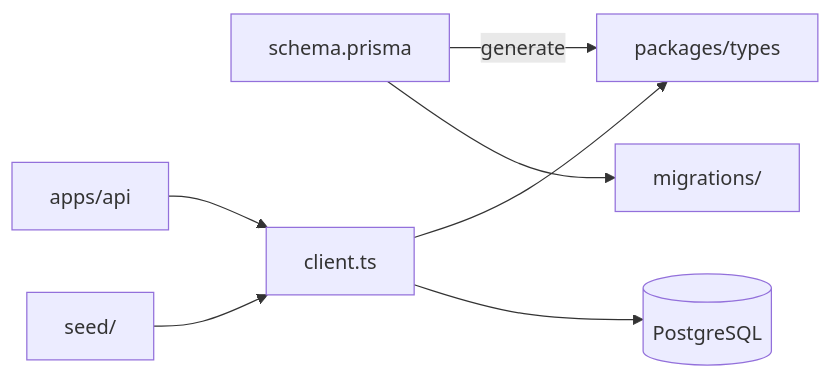
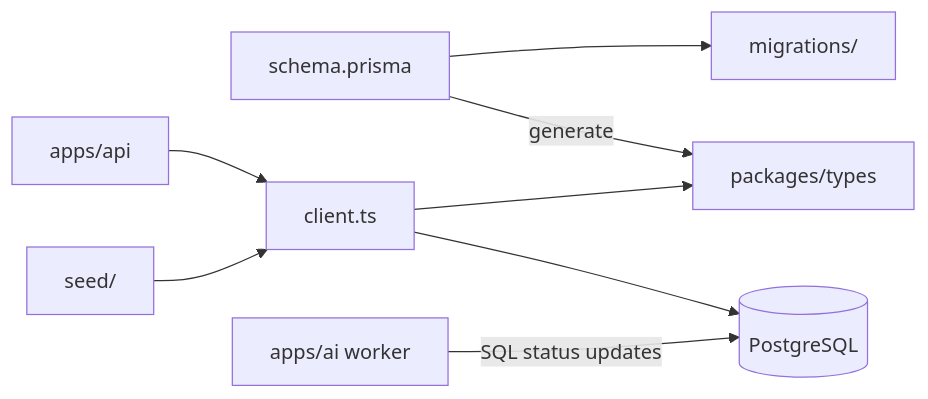
Before and after one commit to Khalil-Bchir/full-stack-saas-boilerplate: the diagram in packages/database/README.md, drawn with Mermaid. The commit also changed other lines of this file and 91 other files, not shown here.

````diff
--- a/packages/database/README.md
+++ b/packages/database/README.md
@@ -7,9 +7,10 @@
 ```mermaid
 flowchart LR
     Schema[schema.prisma] -->|generate| Types[packages/types]
     Schema --> Migrations[migrations/]
     Client[client.ts] --> Types
     Client --> PG[(PostgreSQL)]
     API[apps/api] --> Client
     Seed[seed/] --> Client
+    AI[apps/ai worker] -->|SQL status updates| PG
 ```
````
